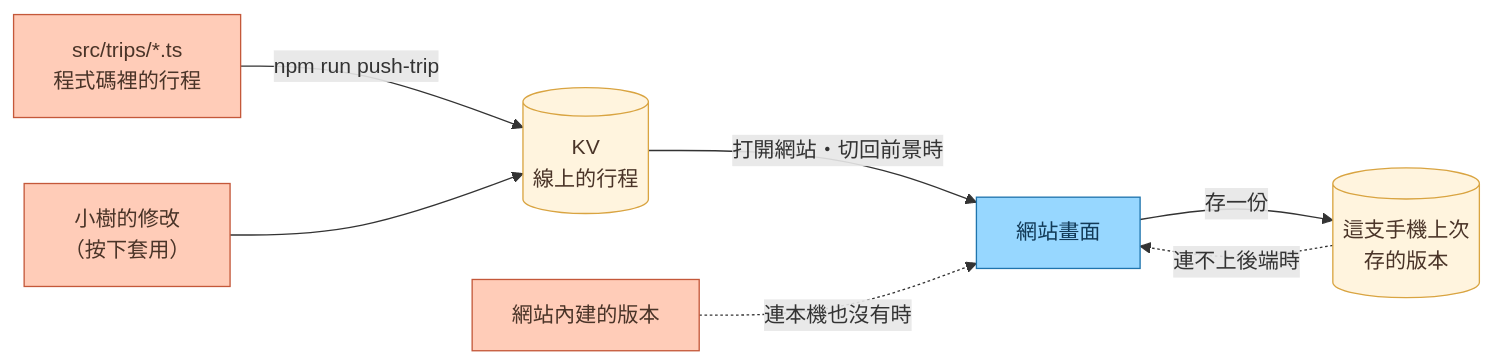
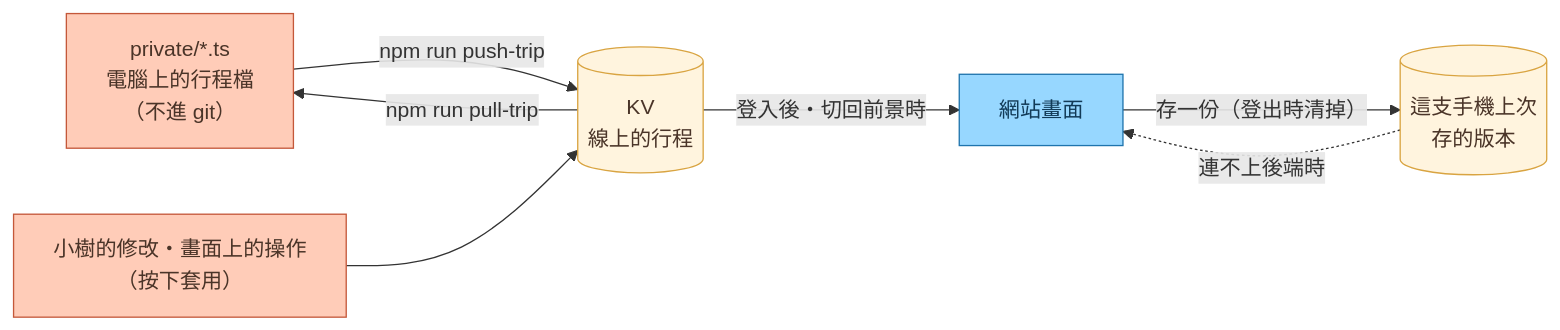
The fifth of 5 diagrams in README.md (henry190927/trip-planner), drawn with Mermaid before and after one commit. The commit also changed other lines of this file and 57 other files, not shown here.

````diff
--- a/README.md
+++ b/README.md
@@ -154,16 +187,16 @@
 ```mermaid
 flowchart LR
-  code["src/trips/*.ts<br/>程式碼裡的行程"] -- "npm run push-trip" --> kv[("KV<br/>線上的行程")]
-  ai["小樹的修改<br/>（按下套用）"] --> kv
-  kv -- "打開網站・切回前景時" --> app["網站畫面"]
+  file["private/*.ts<br/>電腦上的行程檔<br/>（不進 git）"] -- "npm run push-trip" --> kv[("KV<br/>線上的行程")]
+  ai["小樹的修改・畫面上的操作<br/>（按下套用）"] --> kv
+  kv -- "登入後・切回前景時" --> app["網站畫面"]
+  kv -- "npm run pull-trip" --> file
   local[("這支手機上次<br/>存的版本")] -. "連不上後端時" .-> app
-  bundled["網站內建的版本"] -. "連本機也沒有時" .-> app
-  app -- "存一份" --> local
+  app -- "存一份（登出時清掉）" --> local
 
   classDef s fill:#FFF4DE,stroke:#d9a441,color:#4a3428
   classDef a fill:#97D7FF,stroke:#1f74ad,color:#123a57
   classDef c fill:#FFCCB8,stroke:#c4583a,color:#4a3428
   class kv,local s
   class app a
-  class code,ai,bundled c
+  class file,ai c
 ```
````
